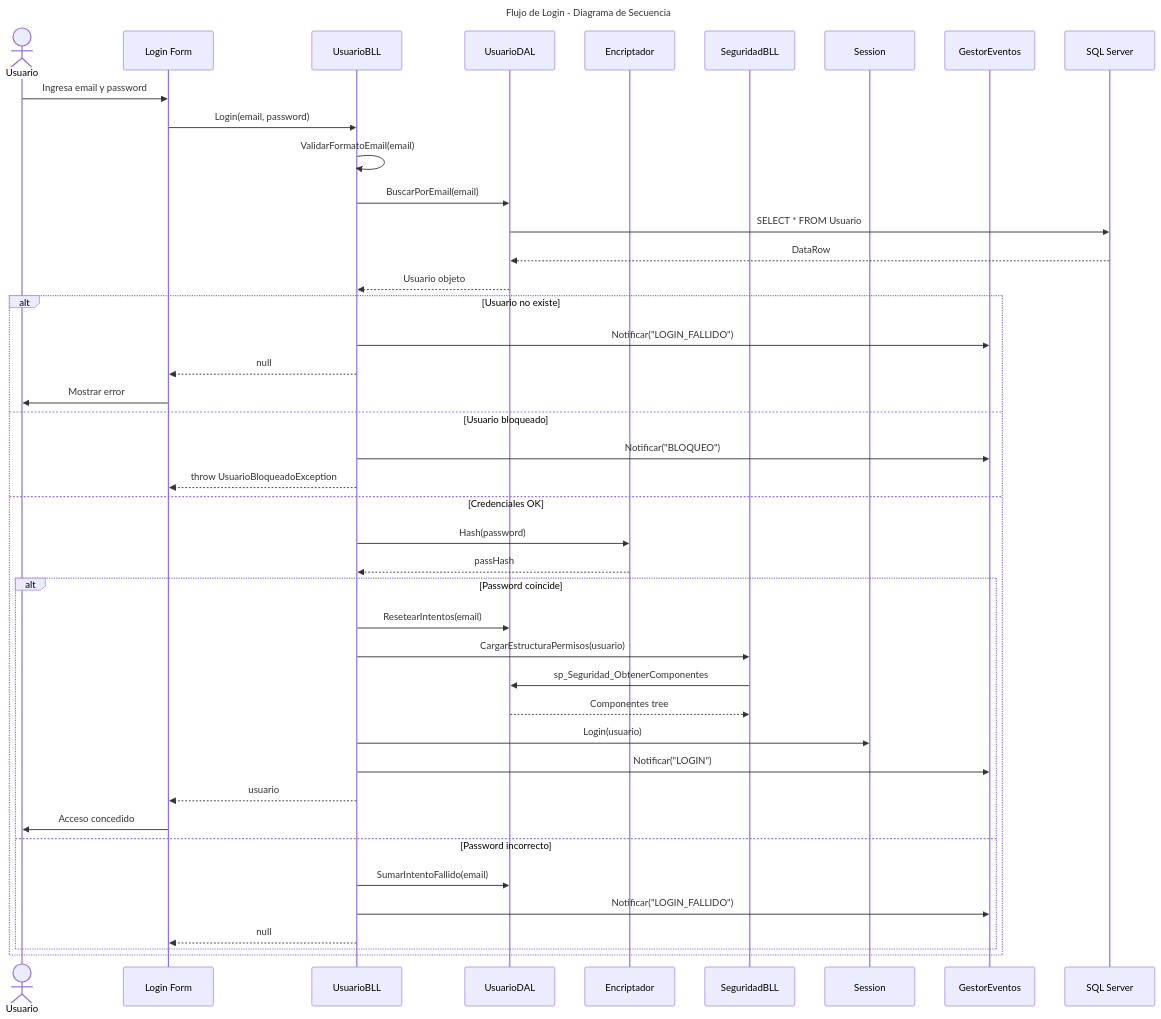
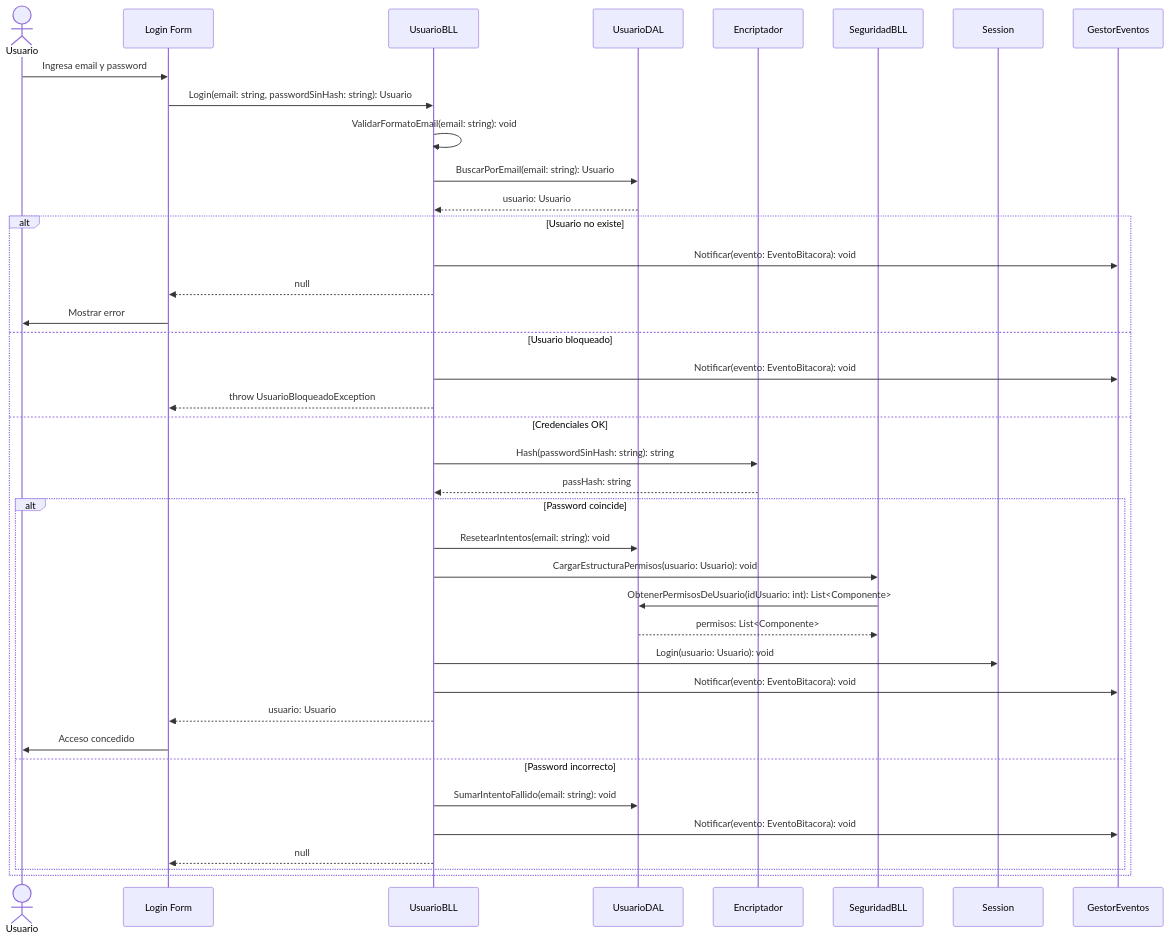
Before and after one commit to condenl/Trabajo-Practico-Final: the seventh of 19 diagrams in Documentacion/Carpeta_Documentacion.md, drawn with Mermaid. The commit also changed other lines of this file and 3 other files, not shown here.

Commit message:
Cambios: + Diagramas de clase - indicar todos los metodos + DS incluir firmas + Agregar alta de idioma DS + Agregar idioma y cerrar sesion, reflejar cambios + Mantener el idioma seleccionado

````diff
--- a/Documentacion/Carpeta_Documentacion.md
+++ b/Documentacion/Carpeta_Documentacion.md
@@ -1593,54 +1675,46 @@
 ```mermaid
----
-title: Flujo de Login - Diagrama de Secuencia
-config:
-    theme: default
----
 sequenceDiagram
     actor Usuario
     participant UI as Login Form
     participant BLL as UsuarioBLL
     participant DAL as UsuarioDAL
     participant Enc as Encriptador
     participant Seg as SeguridadBLL
     participant Ses as Session
     participant Evt as GestorEventos
-    participant BD as SQL Server
 
     Usuario->>UI: Ingresa email y password
-    UI->>BLL: Login(email, password)
+    UI->>BLL: Login(email: string, passwordSinHash: string): Usuario
     
-    BLL->>BLL: ValidarFormatoEmail(email)
-    BLL->>DAL: BuscarPorEmail(email)
-    DAL->>BD: SELECT * FROM Usuario
-    BD-->>DAL: DataRow
-    DAL-->>BLL: Usuario objeto
+    BLL->>BLL: ValidarFormatoEmail(email: string): void
+    BLL->>DAL: BuscarPorEmail(email: string): Usuario
+    DAL-->>BLL: usuario: Usuario
 
     alt Usuario no existe
-        BLL->>Evt: Notificar("LOGIN_FALLIDO")
+        BLL->>Evt: Notificar(evento: EventoBitacora): void
         BLL-->>UI: null
         UI->>Usuario: Mostrar error
     else Usuario bloqueado
-        BLL->>Evt: Notificar("BLOQUEO")
+        BLL->>Evt: Notificar(evento: EventoBitacora): void
         BLL-->>UI: throw UsuarioBloqueadoException
     else Credenciales OK
-        BLL->>Enc: Hash(password)
-        Enc-->>BLL: passHash
+        BLL->>Enc: Hash(passwordSinHash: string): string
+        Enc-->>BLL: passHash: string
         
         alt Password coincide
-            BLL->>DAL: ResetearIntentos(email)
-            BLL->>Seg: CargarEstructuraPermisos(usuario)
-            Seg->>DAL: sp_Seguridad_ObtenerComponentes
-            DAL-->>Seg: Componentes tree
+            BLL->>DAL: ResetearIntentos(email: string): void
+            BLL->>Seg: CargarEstructuraPermisos(usuario: Usuario): void
+            Seg->>DAL: ObtenerPermisosDeUsuario(idUsuario: int): List<Componente>
+            DAL-->>Seg: permisos: List<Componente>
             
-            BLL->>Ses: Login(usuario)
-            BLL->>Evt: Notificar("LOGIN")
-            BLL-->>UI: usuario
+            BLL->>Ses: Login(usuario: Usuario): void
+            BLL->>Evt: Notificar(evento: EventoBitacora): void
+            BLL-->>UI: usuario: Usuario
             UI->>Usuario: Acceso concedido
         else Password incorrecto
-            BLL->>DAL: SumarIntentoFallido(email)
-            BLL->>Evt: Notificar("LOGIN_FALLIDO")
+            BLL->>DAL: SumarIntentoFallido(email: string): void
+            BLL->>Evt: Notificar(evento: EventoBitacora): void
             BLL-->>UI: null
         end
     end
 ```
````
